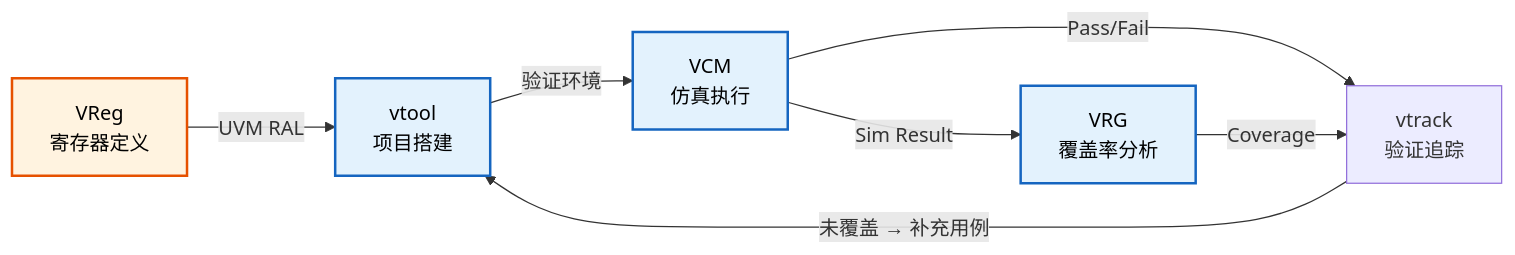
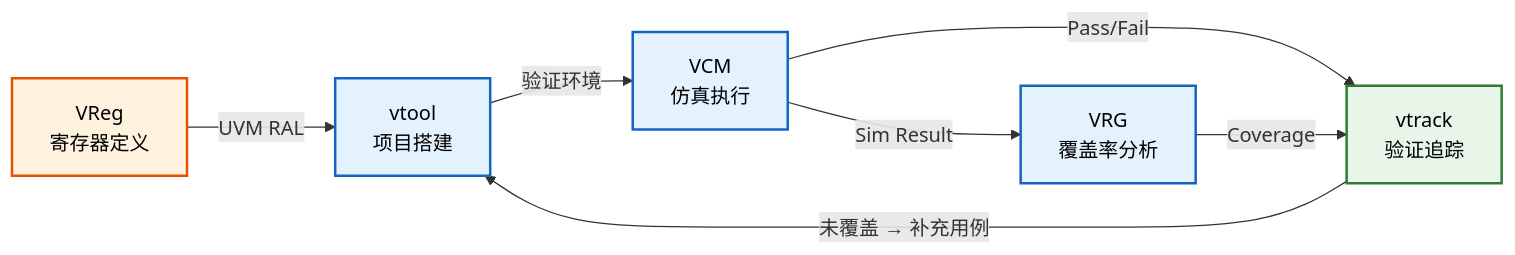
One commit to Johnmc104/Johnmc104 changed the diagram in README.md. Above: the diagram before and after it, drawn with Mermaid. The commit also changed other lines of this file, not shown here.

````diff
--- a/README.md
+++ b/README.md
@@ -69,15 +69,15 @@
 ```mermaid
 flowchart LR
     A["VReg<br/>寄存器定义"] -->|"UVM RAL"| B["vtool<br/>项目搭建"]
     B -->|"验证环境"| C["VCM<br/>仿真执行"]
     C -->|"Sim Result"| D["VRG<br/>覆盖率分析"]
     C -->|"Pass/Fail"| E["vtrack<br/>验证追踪"]
     D -->|"Coverage"| E
     E -->|"未覆盖 → 补充用例"| B
 
     style A fill:#fff3e0,stroke:#e65100,stroke-width:2px,color:#000
     style B fill:#e3f2fd,stroke:#1565c0,stroke-width:2px,color:#000
     style C fill:#e3f2fd,stroke:#1565c0,stroke-width:2px,color:#000
     style D fill:#e3f2fd,stroke:#1565c0,stroke-width:2px,color:#000
-    
+    style E fill:#e8f5e9,stroke:#2e7d32,stroke-width:2px,color:#000
 ```
````
